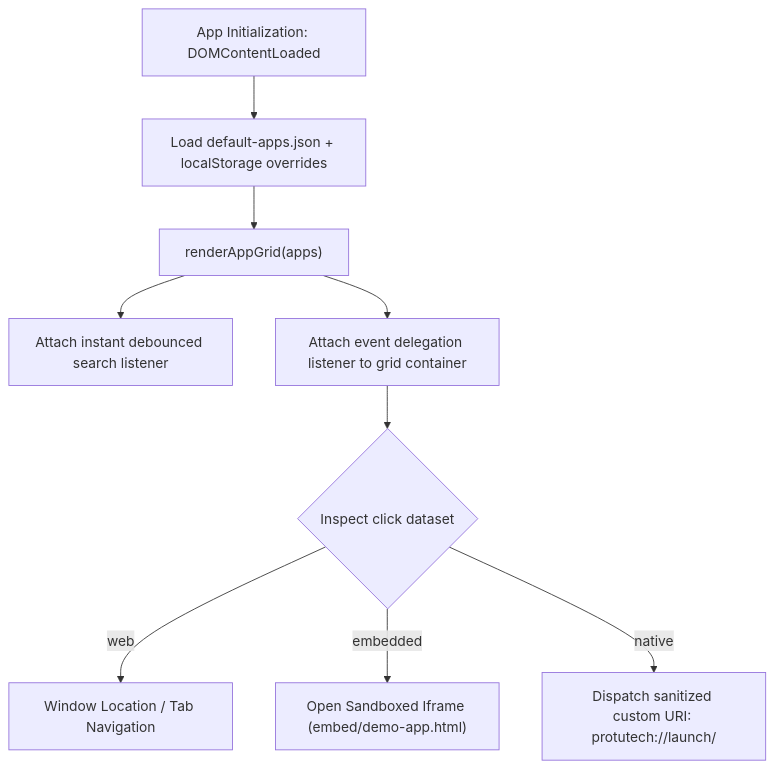
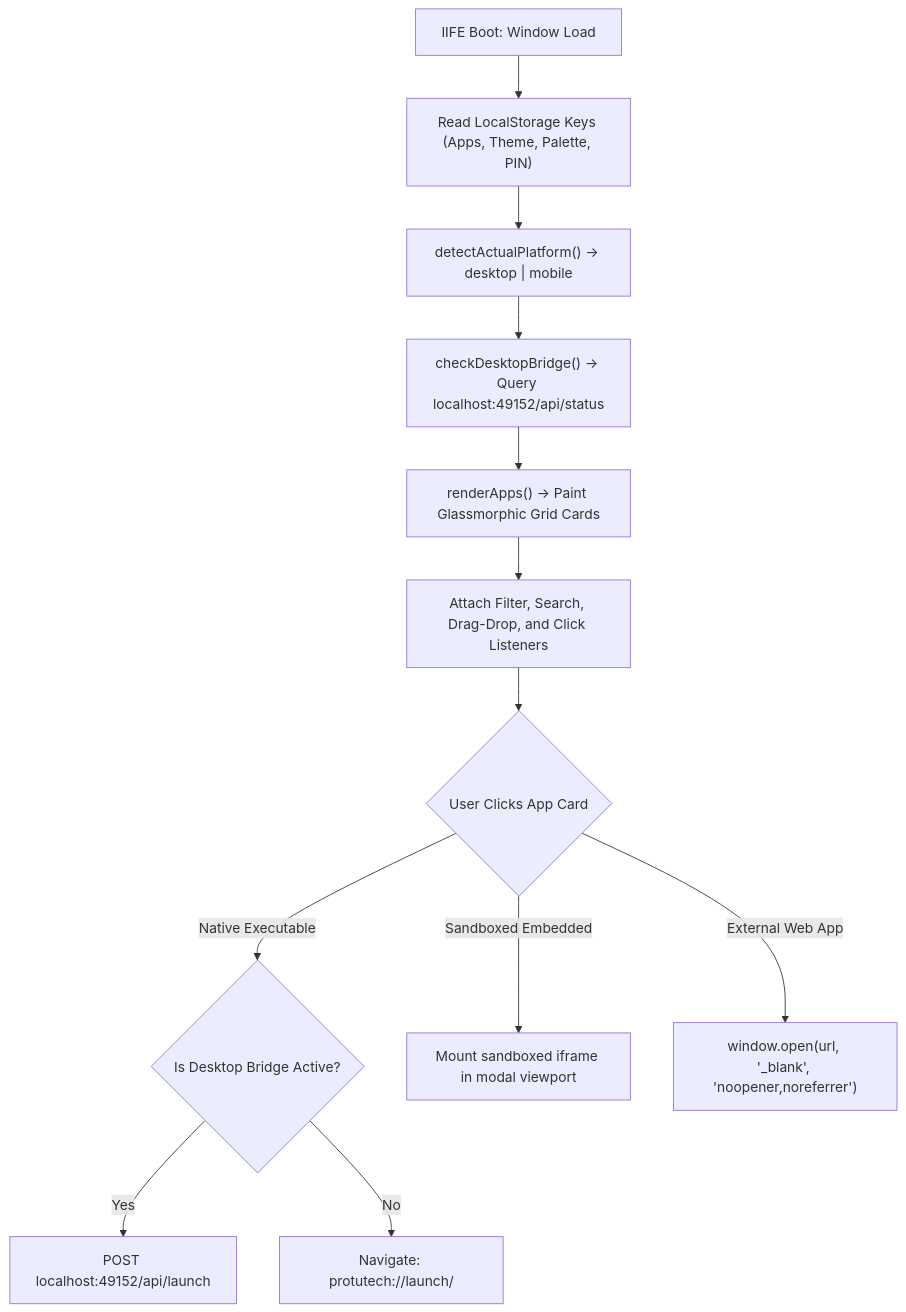
One commit to IAndrexI/documentation changed the diagram in docs/code/protutechdash/app-js.md. Above: the diagram before and after it, drawn with Mermaid. The commit also changed other lines of this file and 40 other files, not shown here.

Commit message:
feat: hide git stars/branches, collapse subcategories until tab selected, add high-res architecture SVG, auto-update script, basic monochrome glyphs, and line-by-line recreation blueprints with summaries

````diff
--- a/docs/code/protutechdash/app-js.md
+++ b/docs/code/protutechdash/app-js.md
@@ -25,12 +32,17 @@
-```mermaid
-graph TD
-    Init["App Initialization: DOMContentLoaded"] --> LoadConfig["Load default-apps.json + localStorage overrides"]
-    LoadConfig --> RenderCards["renderAppGrid(apps)"]
-    RenderCards --> BindSearch["Attach instant debounced search listener"]
-    RenderCards --> BindClick["Attach event delegation listener to grid container"]
-
-    BindClick --> ClickType{"Inspect click dataset"}
-    ClickType -->|web| WebNav["Window Location / Tab Navigation"]
-    ClickType -->|embedded| ModalOpen["Open Sandboxed Iframe (embed/demo-app.html)"]
-    ClickType -->|native| ProtocolLaunch["Dispatch sanitized custom URI: protutech://launch/<id>"]
-```
+    ```mermaid
+    graph TD
+        Init["IIFE Boot: Window Load"] --> ReadStorage["Read LocalStorage Keys (Apps, Theme, Palette, PIN)"]
+        ReadStorage --> DetectPlatform["detectActualPlatform() -> desktop | mobile"]
+        DetectPlatform --> PingBridge["checkDesktopBridge() -> Query localhost:49152/api/status"]
+        PingBridge --> RenderUI["renderApps() -> Paint Glassmorphic Grid Cards"]
+        
+        RenderUI --> EventListeners["Attach Filter, Search, Drag-Drop, and Click Listeners"]
+        
+        EventListeners --> ClickHandler{"User Clicks App Card"}
+        ClickHandler -->|Native Executable| CheckBridge{"Is Desktop Bridge Active?"}
+        CheckBridge -->|Yes| PostBridge["POST localhost:49152/api/launch"]
+        CheckBridge -->|No| UriFallback["Navigate: protutech://launch/<appId>"]
+        
+        ClickHandler -->|Sandboxed Embedded| MountIframe["Mount sandboxed iframe in modal viewport"]
+        ClickHandler -->|External Web App| WindowOpen["window.open(url, '_blank', 'noopener,noreferrer')"]
+    ```
````
